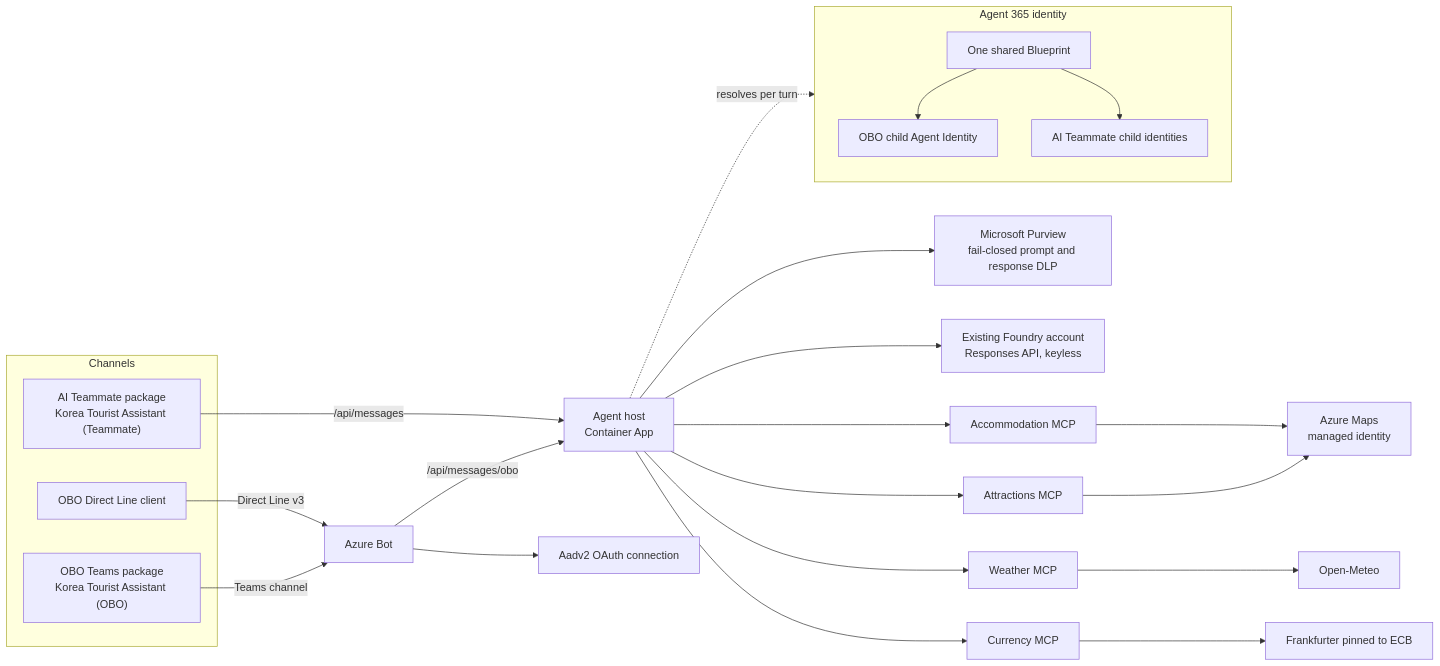
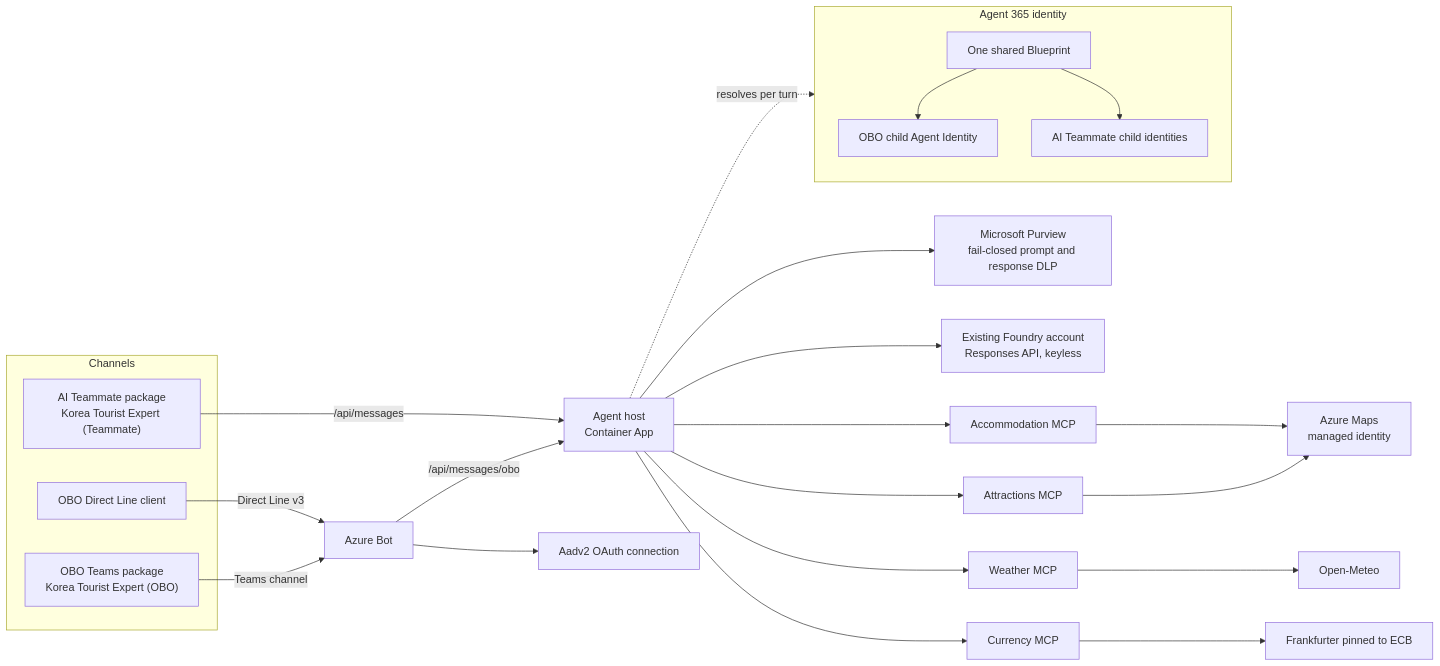
Before and after one commit to patrick-shim/a365-custom-agents: the first of 3 diagrams in korea-tourist-agent/README.md, drawn with Mermaid. The commit also changed other lines of this file and 98 other files, not shown here.

First line of the commit message:
Restore recovery portability and standardize Tourist Expert naming

````diff
--- a/korea-tourist-agent/README.md
+++ b/korea-tourist-agent/README.md
@@ -32,32 +32,32 @@
 ```mermaid
 flowchart LR
   subgraph Channels
-    Teams["OBO Teams package<br/>Korea Tourist Assistant (OBO)"]
+    Teams["OBO Teams package<br/>Korea Tourist Expert (OBO)"]
     Direct["OBO Direct Line client"]
-    Teammate["AI Teammate package<br/>Korea Tourist Assistant (Teammate)"]
+    Teammate["AI Teammate package<br/>Korea Tourist Expert (Teammate)"]
   end
 
   Teams -->|Teams channel| Bot["Azure Bot"]
   Direct -->|Direct Line v3| Bot
   Bot -->|/api/messages/obo| Host["Agent host<br/>Container App"]
   Bot --> OAuth["Aadv2 OAuth connection"]
   Teammate -->|/api/messages| Host
 
   subgraph Identity["Agent 365 identity"]
     Blueprint["One shared Blueprint"]
     Blueprint --> OboChild["OBO child Agent Identity"]
     Blueprint --> TeammateChild["AI Teammate child identities"]
   end
   Host -.resolves per turn.-> Identity
 
   Host --> Purview["Microsoft Purview<br/>fail-closed prompt and response DLP"]
   Host --> Foundry["Existing Foundry account<br/>Responses API, keyless"]
   Host --> Attractions["Attractions MCP"]
   Host --> Weather["Weather MCP"]
   Host --> Stay["Accommodation MCP"]
   Host --> Currency["Currency MCP"]
 
   Attractions & Stay --> Maps["Azure Maps<br/>managed identity"]
   Weather --> OpenMeteo["Open-Meteo"]
   Currency --> Frank["Frankfurter pinned to ECB"]
 ```
````
